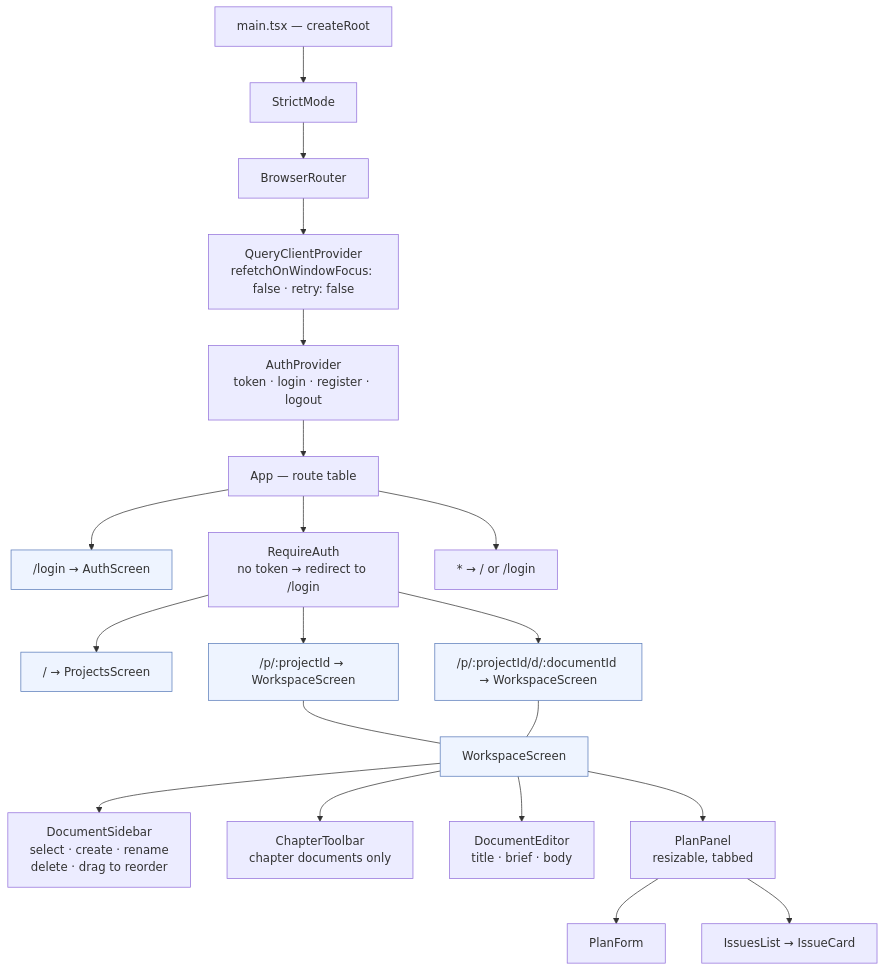
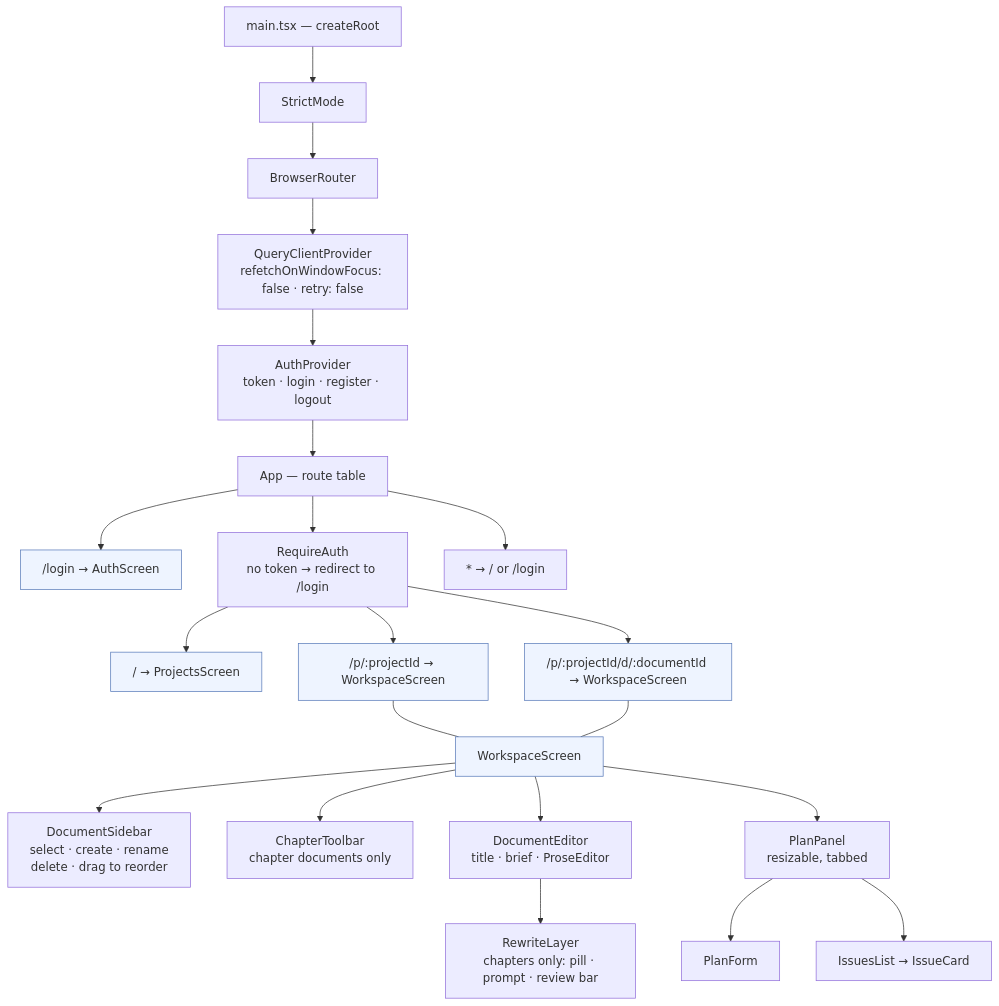
One commit to Akazz-L/maya changed the first of 3 diagrams in docs/diagrams/04-frontend-architecture.md. Above: the diagram before and after it, drawn with Mermaid. The commit also changed other lines of this file and 34 other files, not shown here.

````diff
--- a/docs/diagrams/04-frontend-architecture.md
+++ b/docs/diagrams/04-frontend-architecture.md
@@ -8,28 +8,29 @@
 ```mermaid
 graph TD
     ROOT["main.tsx — createRoot"] --> SM["StrictMode"]
     SM --> BR["BrowserRouter"]
     BR --> QCP["QueryClientProvider<br/>refetchOnWindowFocus: false · retry: false"]
     QCP --> AP["AuthProvider<br/>token · login · register · logout"]
     AP --> APP["App — route table"]
 
     APP --> LOGIN["/login → AuthScreen"]
     APP --> GUARD["RequireAuth<br/>no token → redirect to /login"]
     APP --> CATCH["* → / or /login"]
 
     GUARD --> PROJ["/ → ProjectsScreen"]
     GUARD --> WS1["/p/:projectId → WorkspaceScreen"]
     GUARD --> WS2["/p/:projectId/d/:documentId → WorkspaceScreen"]
 
     WS1 --- WS["WorkspaceScreen"]
     WS2 --- WS
     WS --> SIDE["DocumentSidebar<br/>select · create · rename<br/>delete · drag to reorder"]
     WS --> TB["ChapterToolbar<br/>chapter documents only"]
-    WS --> ED["DocumentEditor<br/>title · brief · body"]
+    WS --> ED["DocumentEditor<br/>title · brief · ProseEditor"]
+    ED --> RL["RewriteLayer<br/>chapters only: pill · prompt · review bar"]
     WS --> PP["PlanPanel<br/>resizable, tabbed"]
     PP --> PF["PlanForm"]
     PP --> IL["IssuesList → IssueCard"]
 
     classDef screen fill:#eef4ff,stroke:#5b7cba
     class LOGIN,PROJ,WS1,WS2,WS screen
 ```
````
